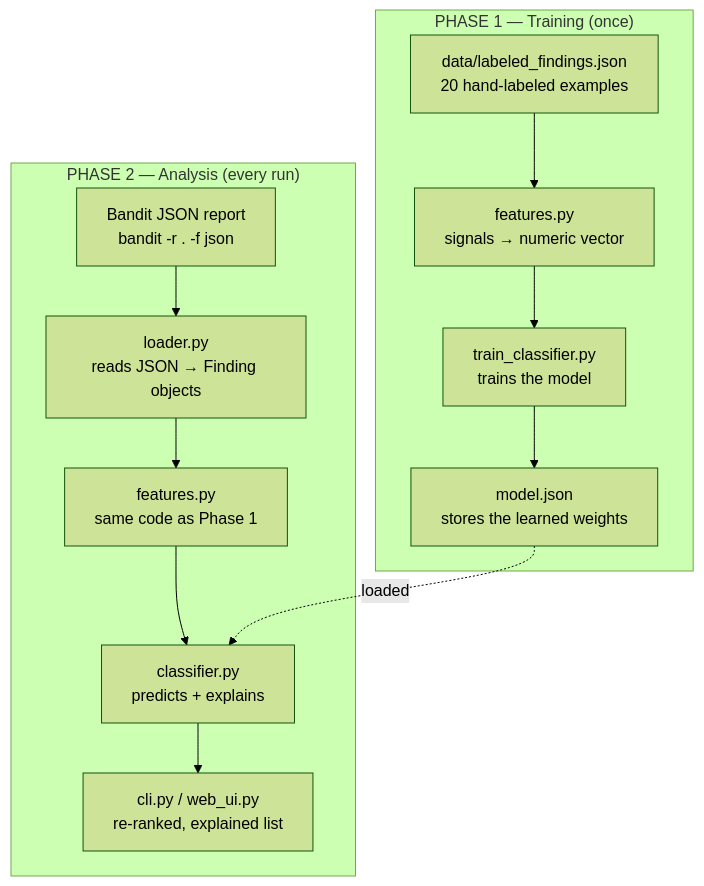
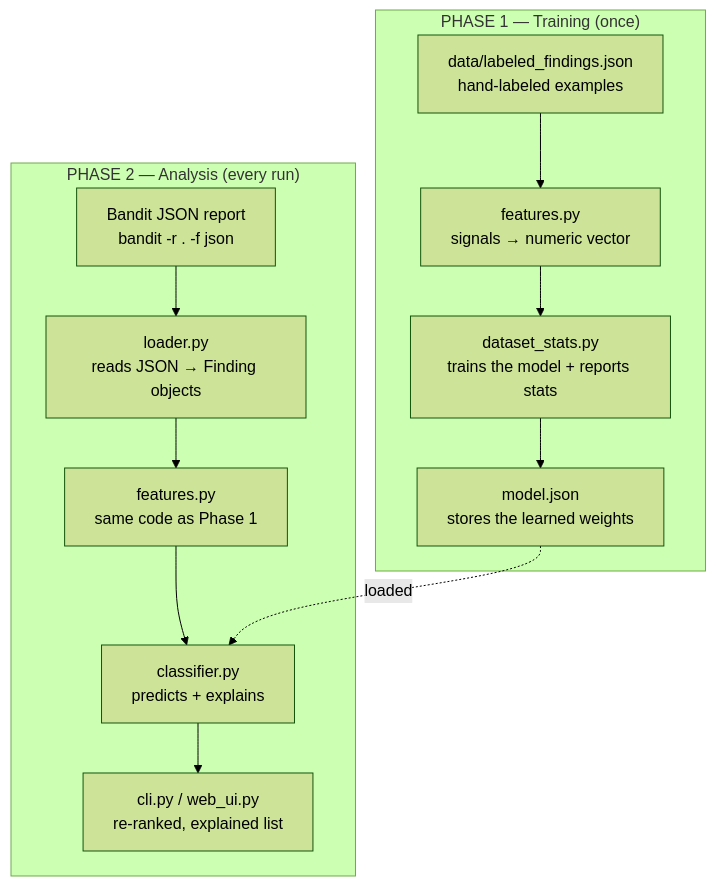
One commit to federicacurrodossi/bandit-triage changed the first of 2 diagrams in docs/architecture.md. Above: the diagram before and after it, drawn with Mermaid (forest theme). The commit also changed other lines of this file and 3 other files, not shown here.

````diff
--- a/docs/architecture.md
+++ b/docs/architecture.md
@@ -14,16 +14,16 @@
 ```mermaid
 flowchart TD
     subgraph TRAIN["PHASE 1 — Training (once)"]
-        A["data/labeled_findings.json<br/>20 hand-labeled examples"] --> B["features.py<br/>signals → numeric vector"]
-        B --> C["train_classifier.py<br/>trains the model"]
+        A["data/labeled_findings.json<br/>hand-labeled examples"] --> B["features.py<br/>signals → numeric vector"]
+        B --> C["dataset_stats.py<br/>trains the model + reports stats"]
         C --> D["model.json<br/>stores the learned weights"]
     end
 
     subgraph ANALYZE["PHASE 2 — Analysis (every run)"]
         E["Bandit JSON report<br/>bandit -r . -f json"] --> F["loader.py<br/>reads JSON → Finding objects"]
         F --> G["features.py<br/>same code as Phase 1"]
         G --> H["classifier.py<br/>predicts + explains"]
         D -.loaded.-> H
         H --> I["cli.py / web_ui.py<br/>re-ranked, explained list"]
     end
 ```
````
